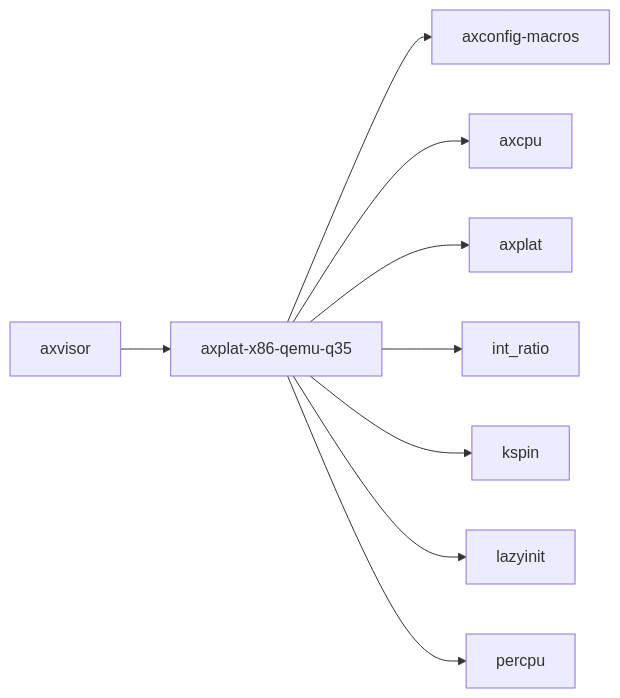
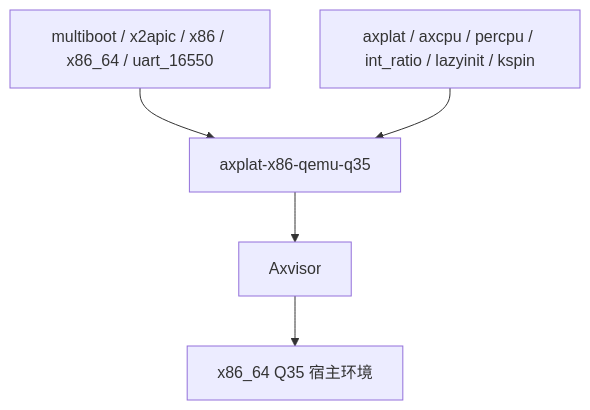
One commit to rcore-os/tgoskits changed the second of 2 diagrams in docs/crates/axplat-x86-qemu-q35.md. Above: the diagram before and after it, drawn with Mermaid. The commit also changed other lines of this file and 99 other files, not shown here.

````diff
--- a/docs/crates/axplat-x86-qemu-q35.md
+++ b/docs/crates/axplat-x86-qemu-q35.md
@@ -40,12 +177,7 @@
 ```mermaid
-graph LR
-    current["axplat-x86-qemu-q35"]
-    current --> axconfig_macros["axconfig-macros"]
-    current --> axcpu["axcpu"]
-    current --> axplat["axplat"]
-    current --> int_ratio["int_ratio"]
-    current --> kspin["kspin"]
-    current --> lazyinit["lazyinit"]
-    current --> percpu["percpu"]
-    axvisor["axvisor"] --> current
+graph TD
+    A[multiboot / x2apic / x86 / x86_64 / uart_16550] --> B[axplat-x86-qemu-q35]
+    C[axplat / axcpu / percpu / int_ratio / lazyinit / kspin] --> B
+    B --> D[Axvisor]
+    D --> E[x86_64 Q35 宿主环境]
 ```
````
